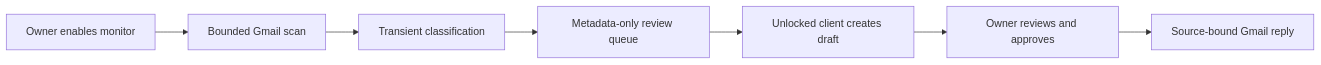
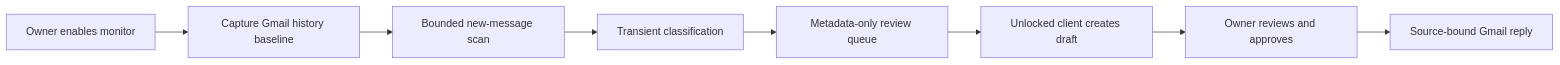
One commit to hushh-labs/hushh-research changed the diagram in docs/reference/architecture/personal-gmail-information-requests.md. Above: the diagram before and after it, drawn with Mermaid. The commit also changed other lines of this file and 34 other files, not shown here.

````diff
--- a/docs/reference/architecture/personal-gmail-information-requests.md
+++ b/docs/reference/architecture/personal-gmail-information-requests.md
@@ -13,9 +13,10 @@
 ```mermaid
 flowchart LR
-  optin["Owner enables monitor"] --> scan["Bounded Gmail scan"]
+  optin["Owner enables monitor"] --> baseline["Capture Gmail history baseline"]
+  baseline --> scan["Bounded new-message scan"]
   scan --> classify["Transient classification"]
   classify --> queue["Metadata-only review queue"]
   queue --> local["Unlocked client creates draft"]
   local --> approve["Owner reviews and approves"]
   approve --> reply["Source-bound Gmail reply"]
 ```
````
